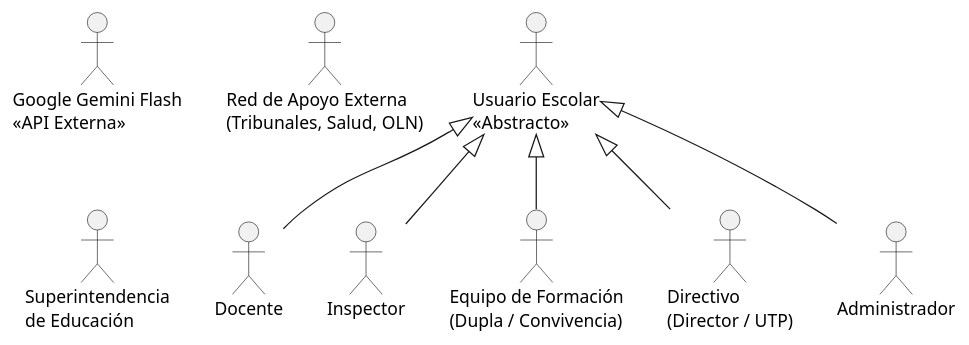
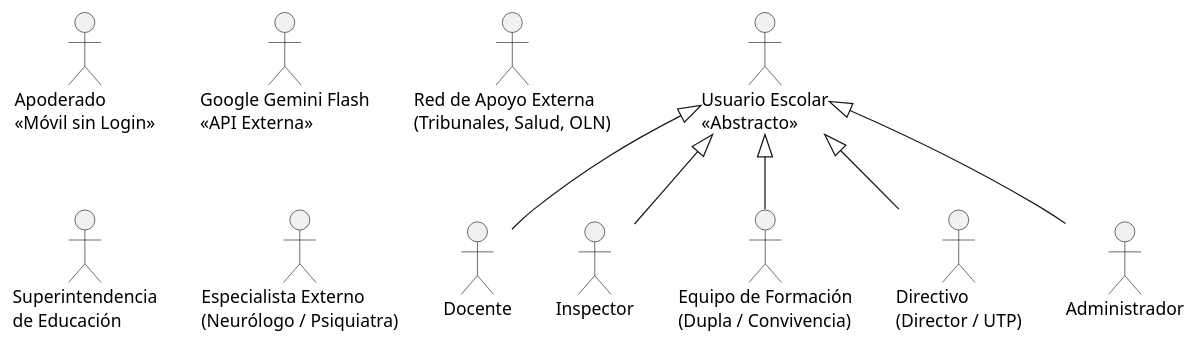
Before and after one commit to MAcevedo91/DOCS-SIGA-escolar: the first of 11 diagrams in Estructura/08_Evidencia_Tecnica_de_Avance/diagramas/casos de uso/CASOS_DE_USO_UML.md, drawn with PlantUML. The commit also changed other lines of this file and 14 other files, not shown here.

Commit message:
docs(diagramas): actualizar casos de uso UML 2.5 a 10 paquetes y reorganizar diagramas exportados

````diff
--- a/Estructura/08_Evidencia_Tecnica_de_Avance/diagramas/casos de uso/CASOS_DE_USO_UML.md
+++ b/Estructura/08_Evidencia_Tecnica_de_Avance/diagramas/casos de uso/CASOS_DE_USO_UML.md
@@ -27,24 +27,26 @@
 ```plantuml
 @startuml
 skinparam packageStyle rectangle
 skinparam shadowing false
 skinparam monochrome true
 
 actor "Usuario Escolar\n<<Abstracto>>" as User
 actor "Docente" as Doc
 actor "Inspector" as Insp
 actor "Equipo de Formación\n(Dupla / Convivencia)" as EF
 actor "Directivo\n(Director / UTP)" as Dir
 actor "Administrador" as Admin
+actor "Apoderado\n<<Móvil sin Login>>" as Apod
 
 actor "Google Gemini Flash\n<<API Externa>>" as Gemini
 actor "Red de Apoyo Externa\n(Tribunales, Salud, OLN)" as RedExt
 actor "Superintendencia\nde Educación" as SuperEduc
+actor "Especialista Externo\n(Neurólogo / Psiquiatra)" as Medico
 
 User <|-- Doc
 User <|-- Insp
 User <|-- EF
 User <|-- Dir
 User <|-- Admin
 @enduml
 ```
````
